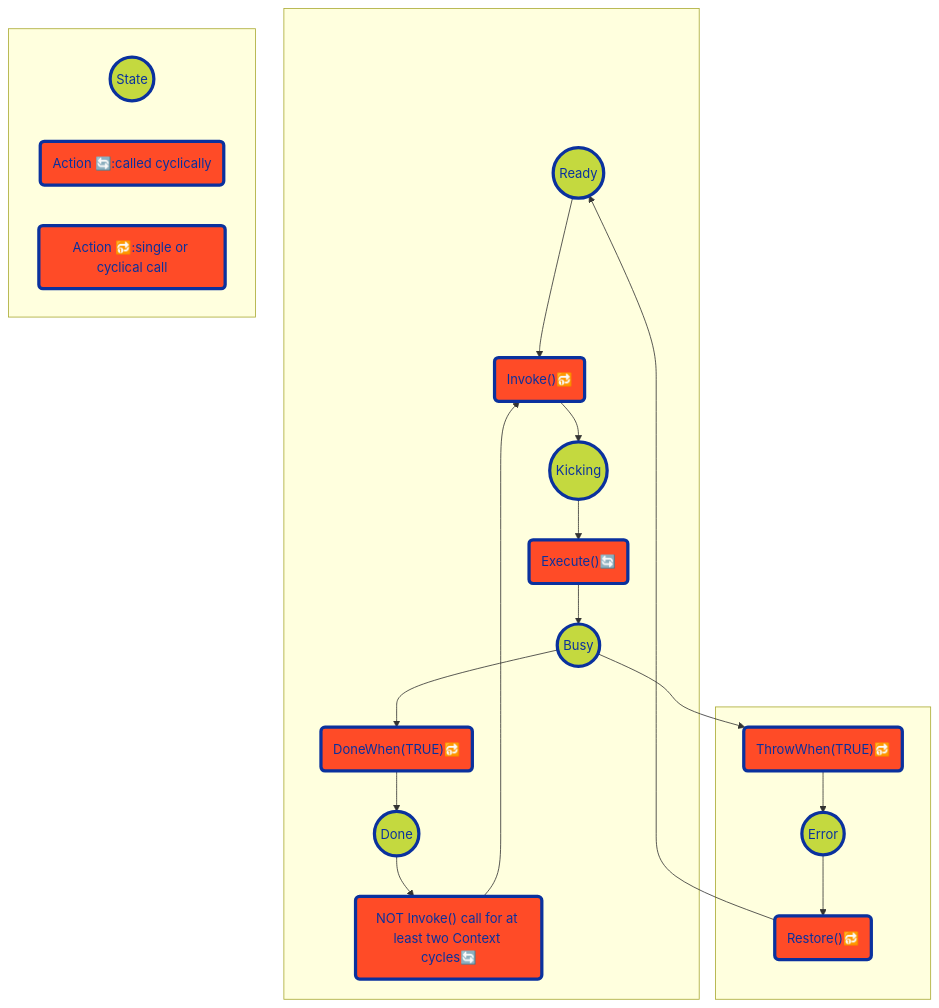
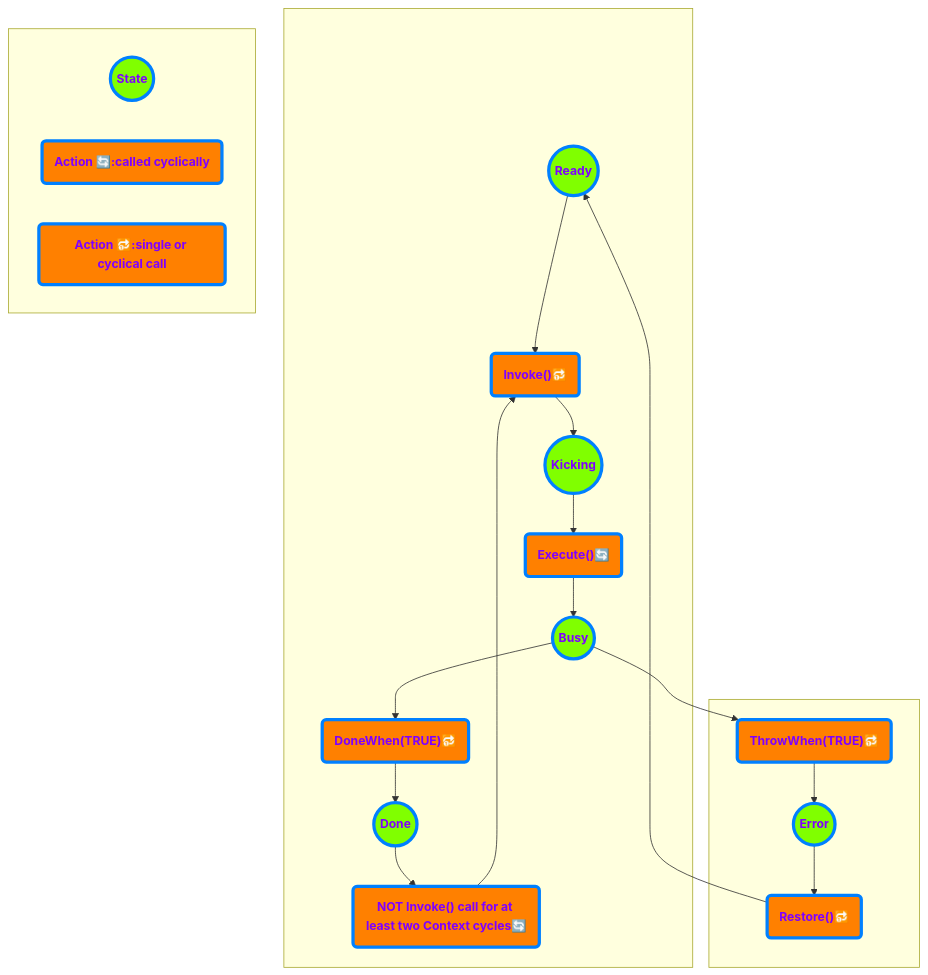
Before and after one commit to ix-ax/AXOpen: the fourth of 4 diagrams in src/core/ctrl/README.md, drawn with Mermaid. The commit also changed other lines of this file and 4 other files, not shown here.

````diff
--- a/src/core/ctrl/README.md
+++ b/src/core/ctrl/README.md
@@ -145,31 +145,31 @@
 ```mermaid
 flowchart TD
-    classDef states fill:#C4d93f,stroke:#0a319e,stroke-width:4px,color:#0a319e
-    classDef actions fill:#ff4b27,stroke:#0a319e,stroke-width:4px,color:#0a319e
+    classDef states fill:#80FF00,stroke:#0080FF,stroke-width:4px,color:#7F00FF,font-size:15px,font-weight:bold                                                      
+    classDef actions fill:#ff8000,stroke:#0080ff,stroke-width:4px,color:#7F00FF,font-size:15px,font-weight:bold                                                      
 
     s1((Ready))
     s2((Kicking))
     s3((Busy))
     s4((Done))
     s5((Error))
     a1("Invoke()#128258;")
     a2("Execute()#128260;")
     a3("DoneWhen(TRUE)#128258;")
     a4("ThrowWhen(TRUE)#128258;")
     a5("NOT Invoke() call for at least two Context cycles#128260;")
     a6("Restore()#128258;")
 
     subgraph  
         s1:::states --> a1:::actions --> s2:::states --> a2:::actions --> s3:::states --> a3:::actions --> s4:::states --> a5:::actions --> a1:::actions
     end
     subgraph   
         s3:::states --> a4:::actions
         a4:::actions --> s5:::states --> a6:::actions --> s1:::states 
     end
 
     subgraph   
         s((State)):::states
         ac("Action #128260;:called cyclically"):::actions
         as("Action #128258;:single or cyclical call "):::actions
     end
 ```
````
